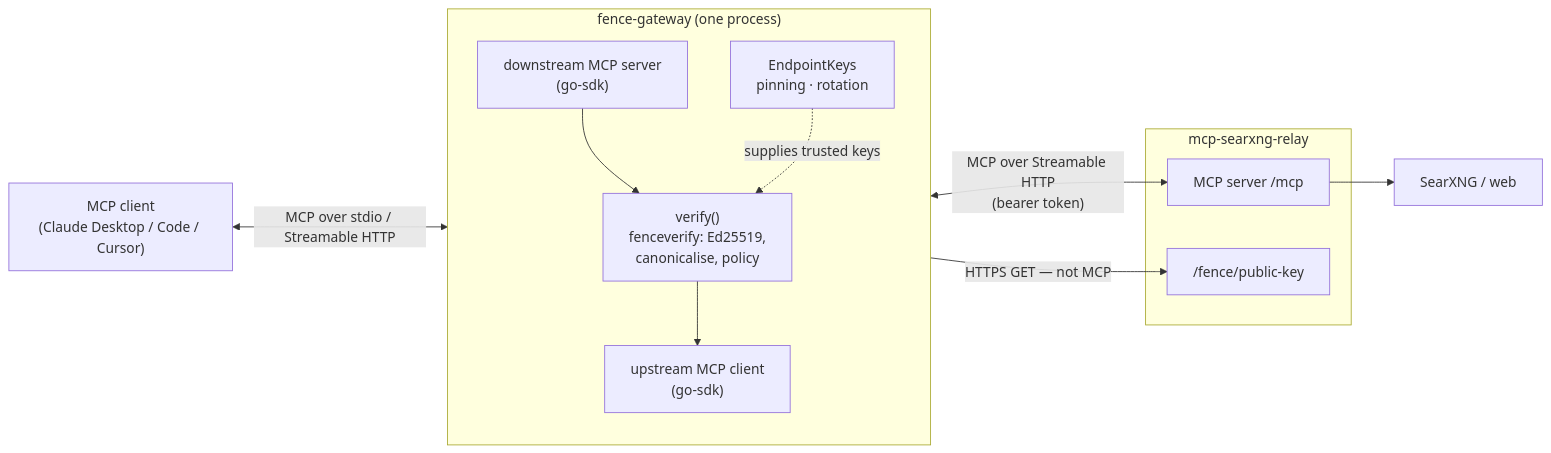
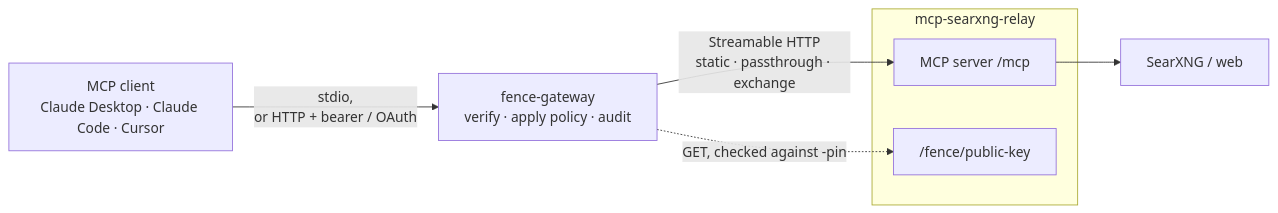
Before and after one commit to littleoffice/fence-gateway: the diagram in README.md, drawn with Mermaid. The commit also changed other lines of this file and 12 other files, not shown here.

````diff
--- a/README.md
+++ b/README.md
@@ -47,24 +62,17 @@
 ```mermaid
 flowchart LR
-    C["MCP client<br/>(Claude Desktop / Code / Cursor)"]
+    agent["MCP client<br/>Claude Desktop · Claude Code · Cursor"]
+    gw["fence-gateway<br/>verify · apply policy · audit"]
 
-    subgraph GW["fence-gateway (one process)"]
-        direction TB
-        SRV["downstream MCP server<br/>(go-sdk)"]
-        VER["verify()<br/>fenceverify: Ed25519,<br/>canonicalise, policy"]
-        CL["upstream MCP client<br/>(go-sdk)"]
-        KEYS["EndpointKeys<br/>pinning · rotation"]
-        SRV --> VER --> CL
-        KEYS -. supplies trusted keys .-> VER
+    subgraph relay_zone["mcp-searxng-relay"]
+        relay["MCP server /mcp"]
+        key["/fence/public-key"]
     end
 
-    subgraph R["mcp-searxng-relay"]
-        RMCP["MCP server /mcp"]
-        RKEY["/fence/public-key"]
-    end
+    web["SearXNG / web"]
 
-    C <-->|"MCP over stdio / Streamable HTTP"| SRV
-    CL <-->|"MCP over Streamable HTTP<br/>(bearer token)"| RMCP
-    KEYS -->|"HTTPS GET — not MCP"| RKEY
-    RMCP --> WEB["SearXNG / web"]
+    agent -- "stdio,<br/>or HTTP + bearer / OAuth" --> gw
+    gw -- "Streamable HTTP<br/>static · passthrough · exchange" --> relay
+    gw -. "GET, checked against -pin" .-> key
+    relay --> web
 ```
````
